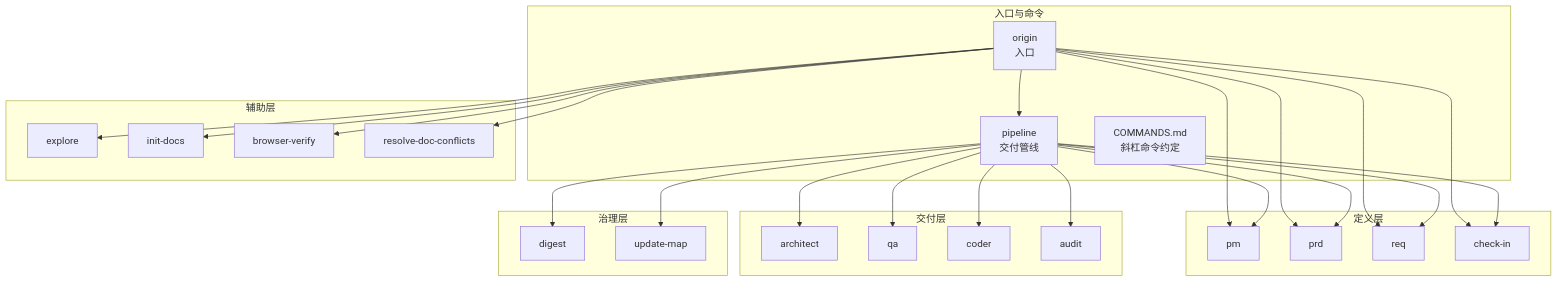
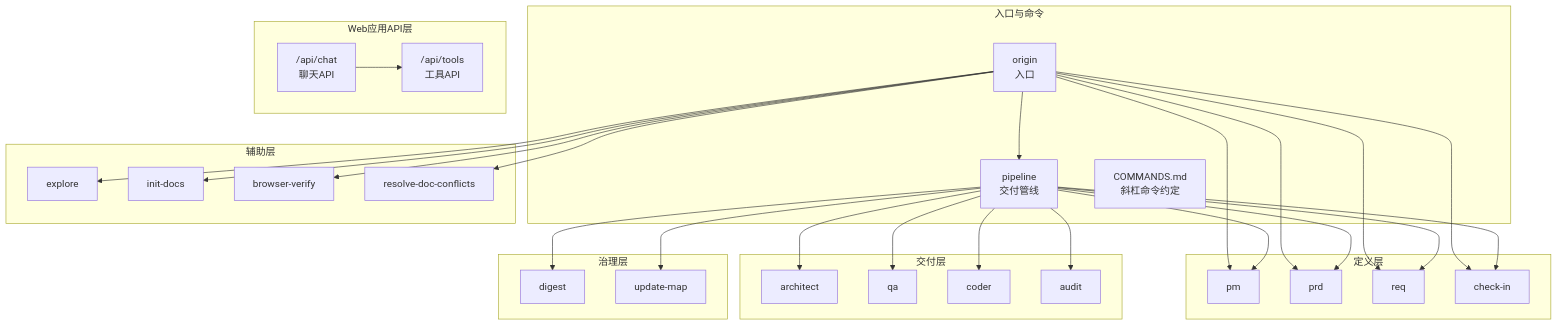
The first of 3 diagrams in .qoder/repowiki/zh/content/API参考文档.md (CryptoLinxu/Web3-AI-Agent), drawn with Mermaid before and after one commit. The commit also changed other lines of this file and 15 other files, not shown here.

````diff
--- a/.qoder/repowiki/zh/content/API参考文档.md
+++ b/.qoder/repowiki/zh/content/API参考文档.md
@@ -45,49 +58,54 @@
 ```mermaid
 graph TB
 subgraph "入口与命令"
 ORG["origin<br/>入口"]
 PIPE["pipeline<br/>交付管线"]
 CMDS["COMMANDS.md<br/>斜杠命令约定"]
 end
 subgraph "定义层"
 PM["pm"]
 PRD["prd"]
 REQ["req"]
 CI["check-in"]
 end
 subgraph "交付层"
 ARCH["architect"]
 QA["qa"]
 CODER["coder"]
 AUDIT["audit"]
 end
 subgraph "治理层"
 DIGEST["digest"]
 UMAP["update-map"]
 end
 subgraph "辅助层"
 EXP["explore"]
 INIT["init-docs"]
 BVER["browser-verify"]
 RES["resolve-doc-conflicts"]
 end
+subgraph "Web应用API层"
+CHAT["/api/chat<br/>聊天API"]
+TOOLS["/api/tools<br/>工具API"]
+end
 ORG --> PIPE
 ORG --> PM
 ORG --> PRD
 ORG --> REQ
 ORG --> CI
 ORG --> EXP
 ORG --> INIT
 ORG --> BVER
 ORG --> RES
 PIPE --> PM
 PIPE --> PRD
 PIPE --> REQ
 PIPE --> CI
 PIPE --> ARCH
 PIPE --> QA
 PIPE --> CODER
 PIPE --> AUDIT
 PIPE --> DIGEST
 PIPE --> UMAP
+CHAT --> TOOLS
 ```
````
